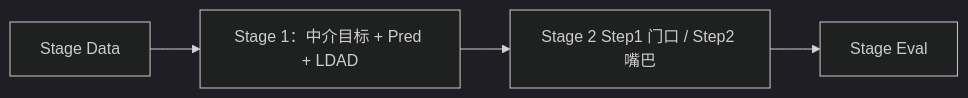
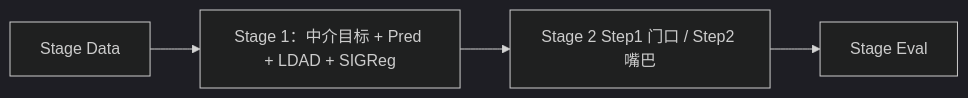
Before and after one commit to MegaGimen/BIV: the second of 2 diagrams in AGENTS.md, drawn with Mermaid (dark theme). The commit also changed other lines of this file and 11 other files, not shown here.

First line of the commit message:
Wire mix JSON unwrap and SIGReg into JEPA Stage 1.

````diff
--- a/AGENTS.md
+++ b/AGENTS.md
@@ -139,6 +139,6 @@
 ```mermaid
 flowchart LR
-    SD["Stage Data"] --> S1["Stage 1：中介目标 + Pred + LDAD"]
+    SD["Stage Data"] --> S1["Stage 1：中介目标 + Pred + LDAD + SIGReg"]
     S1 --> S2["Stage 2 Step1 门口 / Step2 嘴巴"]
     S2 --> EV["Stage Eval"]
 ```
````
